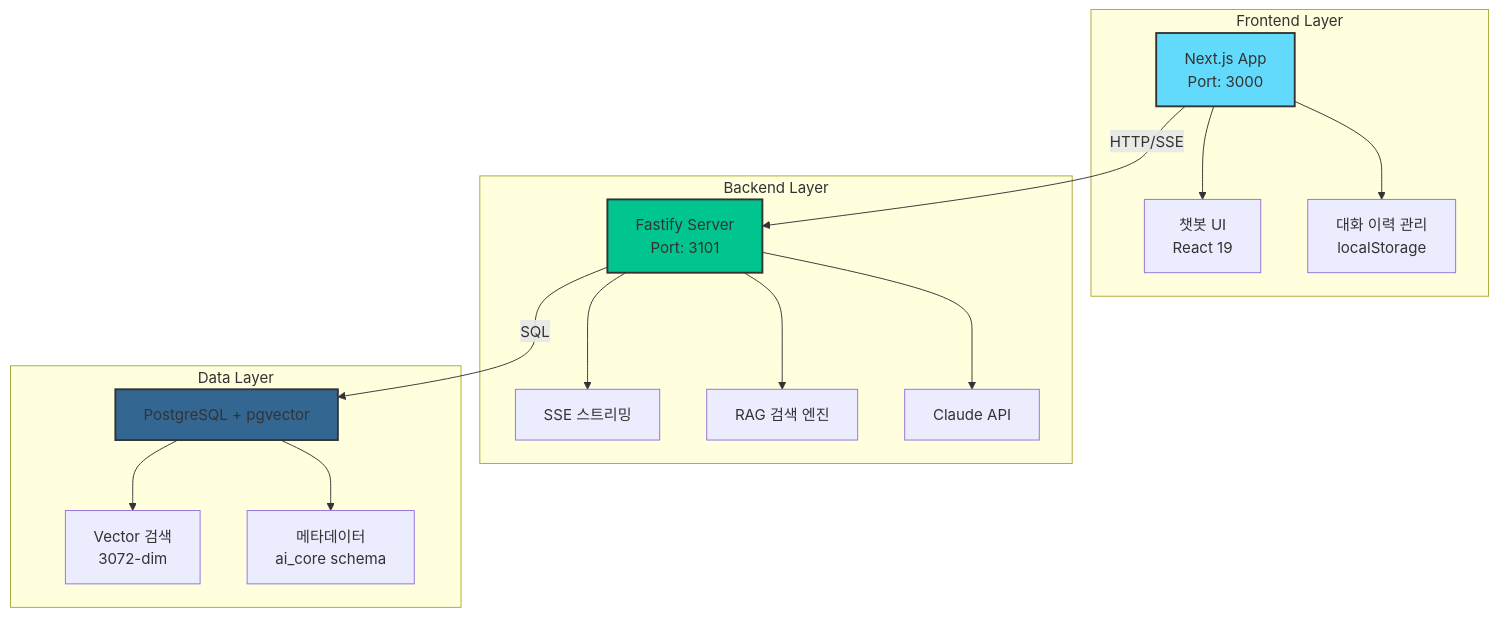
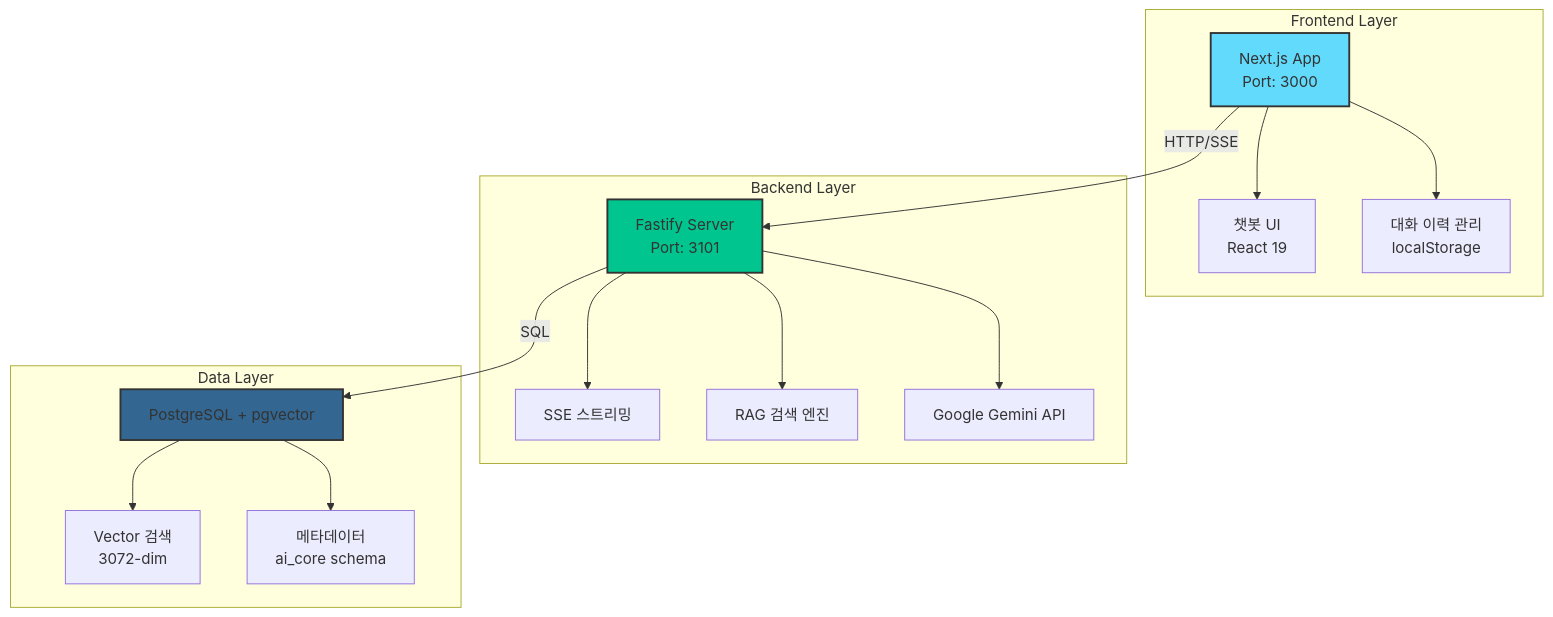
The first of 3 diagrams in README.md (jdhert/CS-ChatBot), drawn with Mermaid before and after one commit. The commit also changed other lines of this file, not shown here.

````diff
--- a/README.md
+++ b/README.md
@@ -20,35 +20,35 @@
 ```mermaid
 graph TB
     subgraph "Frontend Layer"
         A[Next.js App<br/>Port: 3000]
         A1[챗봇 UI<br/>React 19]
         A2[대화 이력 관리<br/>localStorage]
     end
 
     subgraph "Backend Layer"
         B[Fastify Server<br/>Port: 3101]
         B1[SSE 스트리밍]
         B2[RAG 검색 엔진]
-        B3[Claude API]
+        B3[Google Gemini API]
     end
 
     subgraph "Data Layer"
         C[PostgreSQL + pgvector]
         C1[Vector 검색<br/>3072-dim]
         C2[메타데이터<br/>ai_core schema]
     end
 
     A --> A1
     A --> A2
     A -->|HTTP/SSE| B
     B --> B1
     B --> B2
     B --> B3
     B -->|SQL| C
     C --> C1
     C --> C2
 
     style A fill:#61dafb,stroke:#333,stroke-width:2px
     style B fill:#00c58e,stroke:#333,stroke-width:2px
     style C fill:#336791,stroke:#333,stroke-width:2px
 ```
````
